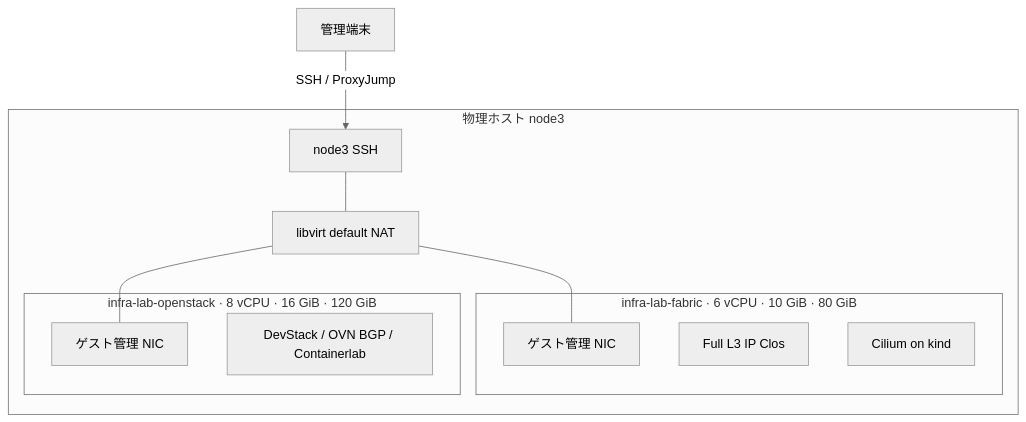
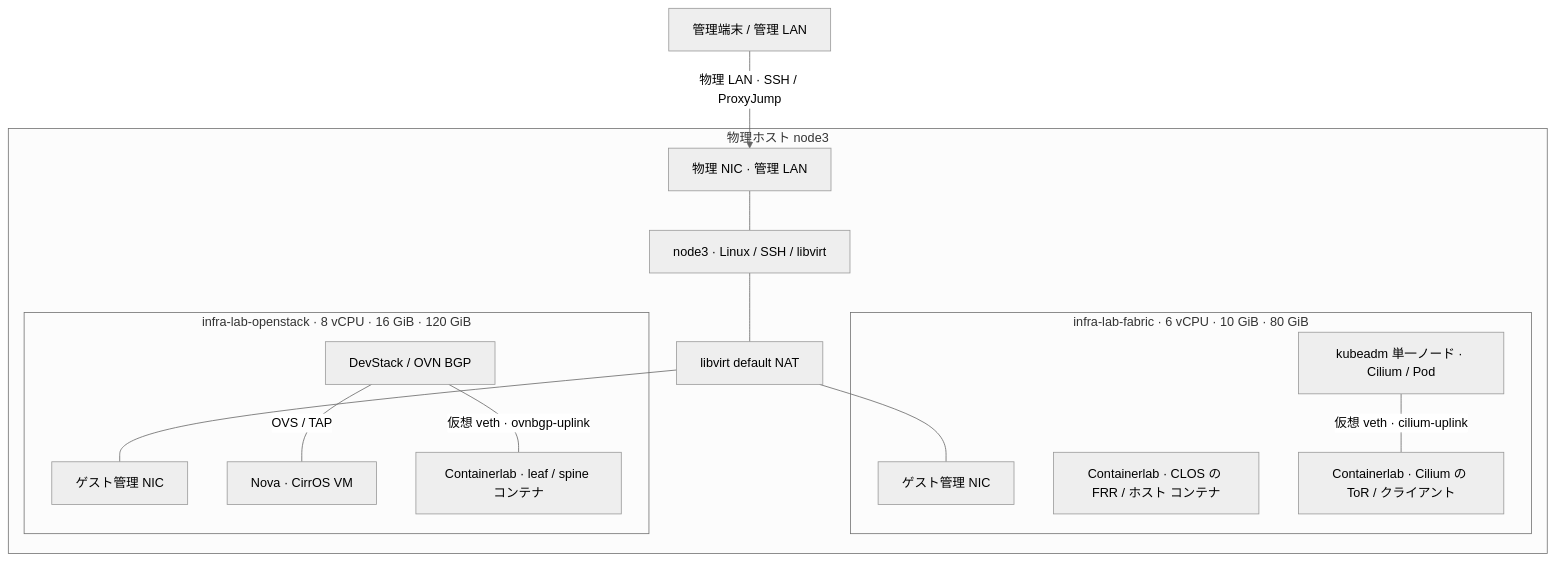
The diagram in common/README.md (sugaf1204/infra-lab), drawn with Mermaid (neutral theme) before and after one commit. The commit also changed other lines of this file and 18 other files, not shown here.

````diff
--- a/common/README.md
+++ b/common/README.md
@@ -14,21 +14,29 @@
 ```mermaid
 flowchart TB
-    ADMIN["管理端末"]
+    ADMIN["管理端末 / 管理 LAN"]
     subgraph NODE3["物理ホスト node3"]
-        HOST["node3 SSH"]
+        NIC["物理 NIC · 管理 LAN"]
+        HOST["node3 · Linux / SSH / libvirt"]
         NAT["libvirt default NAT"]
         subgraph FABRIC["infra-lab-fabric · 6 vCPU · 10 GiB · 80 GiB"]
             FM["ゲスト管理 NIC"]
-            CLOS["Full L3 IP Clos"]
-            K8S["Cilium on kind"]
+            CLOS["Containerlab · CLOS の FRR / ホスト コンテナ"]
+            K8S["kubeadm 単一ノード · Cilium / Pod"]
+            TOR["Containerlab · Cilium の ToR / クライアント"]
+            K8S ---|"仮想 veth · cilium-uplink"| TOR
         end
         subgraph OPENSTACK["infra-lab-openstack · 8 vCPU · 16 GiB · 120 GiB"]
             OM["ゲスト管理 NIC"]
-            OVN["DevStack / OVN BGP / Containerlab"]
+            OVN["DevStack / OVN BGP"]
+            CIRROS["Nova · CirrOS VM"]
+            OPENSTACK_FRR["Containerlab · leaf / spine コンテナ"]
+            OVN ---|"OVS / TAP"| CIRROS
+            OVN ---|"仮想 veth · ovnbgp-uplink"| OPENSTACK_FRR
         end
+        NIC --- HOST
         HOST --- NAT
         NAT --- FM
         NAT --- OM
     end
-    ADMIN -->|"SSH / ProxyJump"| HOST
+    ADMIN -->|"物理 LAN · SSH / ProxyJump"| NIC
 ```
````
